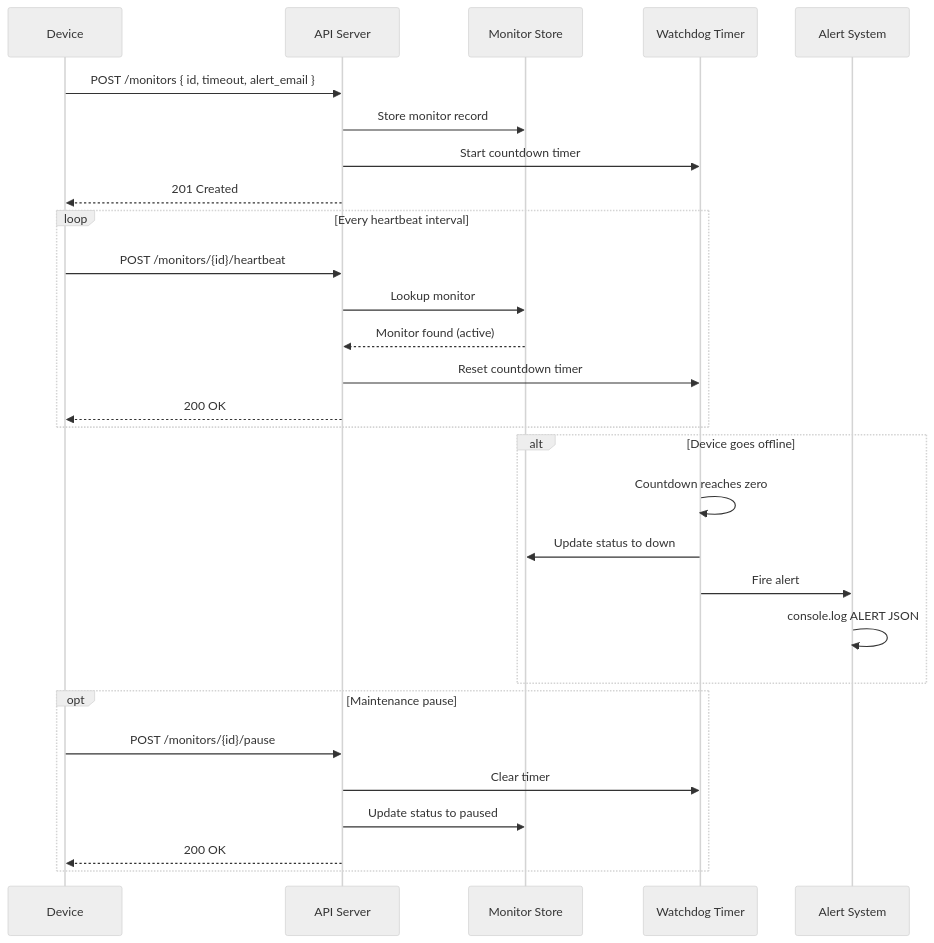
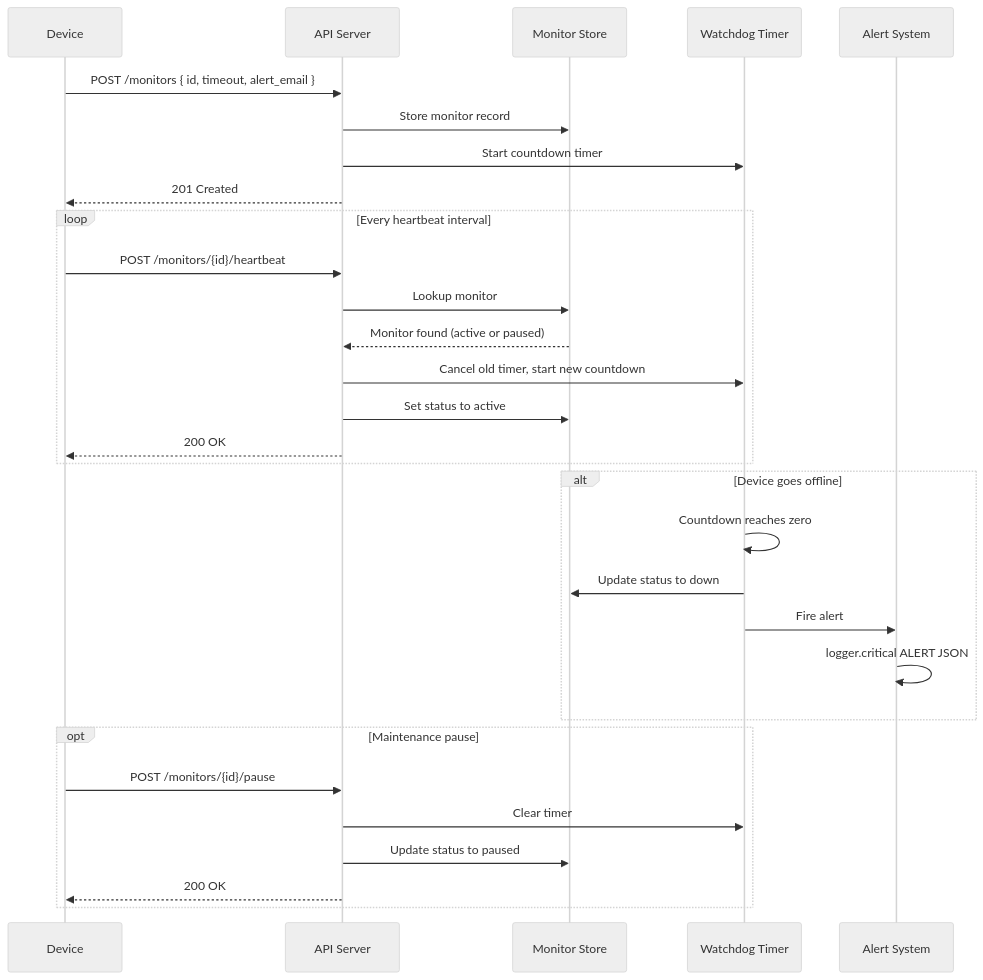
Before and after one commit to Nana-K-Yentumey/Pulse-Check-API: the diagram in README.md, drawn with Mermaid (neutral theme).

Commit message:
Corrected minor errors in README architectural diagram

````diff
--- a/README.md
+++ b/README.md
@@ -10,35 +10,36 @@
 ```mermaid
 sequenceDiagram
     participant D as Device
     participant A as API Server
     participant S as Monitor Store
     participant W as Watchdog Timer
     participant AL as Alert System
 
     D->>A: POST /monitors { id, timeout, alert_email }
     A->>S: Store monitor record
     A->>W: Start countdown timer
     A-->>D: 201 Created
 
     loop Every heartbeat interval
         D->>A: POST /monitors/{id}/heartbeat
         A->>S: Lookup monitor
-        S-->>A: Monitor found (active)
-        A->>W: Reset countdown timer
+        S-->>A: Monitor found (active or paused)
+        A->>W: Cancel old timer, start new countdown
+        A->>S: Set status to active
         A-->>D: 200 OK
     end
 
     alt Device goes offline
         W->>W: Countdown reaches zero
         W->>S: Update status to down
         W->>AL: Fire alert
-        AL->>AL: console.log ALERT JSON
+        AL->>AL: logger.critical ALERT JSON
     end
 
     opt Maintenance pause
         D->>A: POST /monitors/{id}/pause
         A->>W: Clear timer
         A->>S: Update status to paused
         A-->>D: 200 OK
     end
 ```
````
